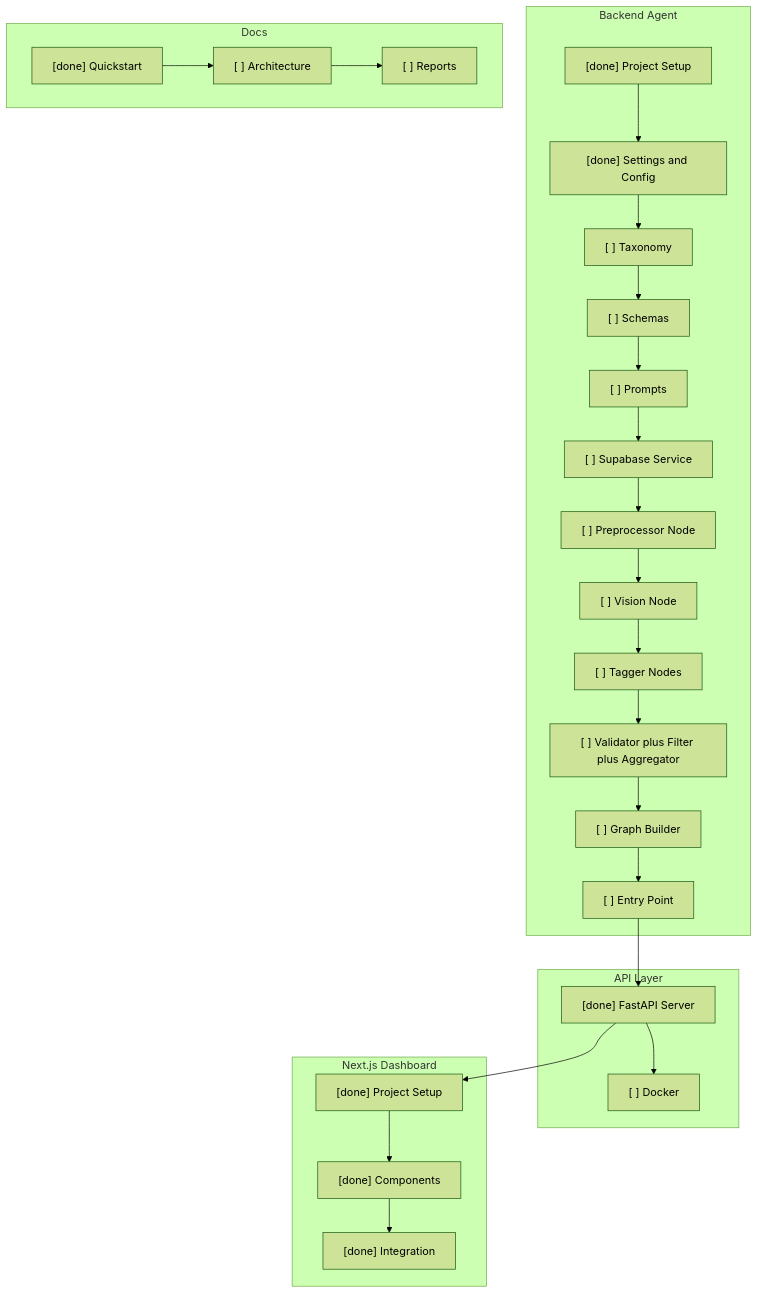
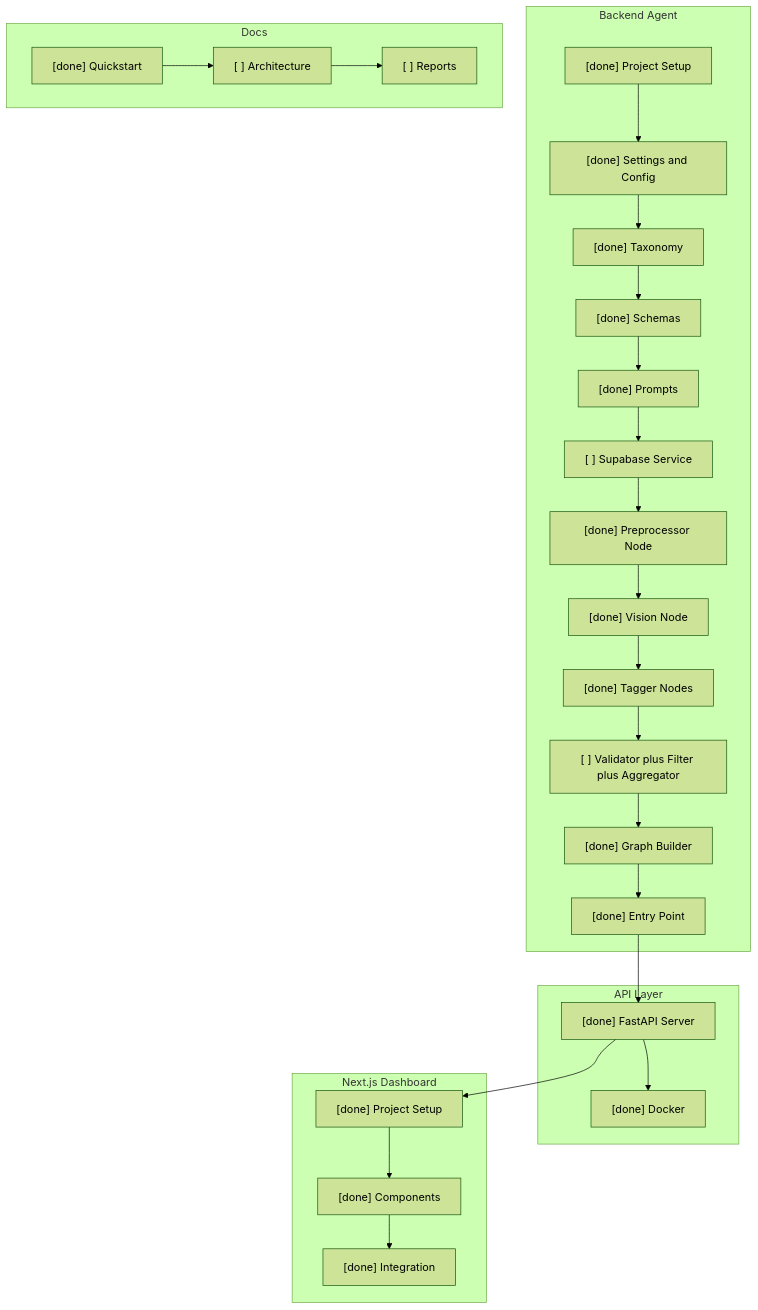
One commit to Nagdy8888/image-analysis-agent changed the diagram in docs/reports/PROGRESS.md. Above: the diagram before and after it, drawn with Mermaid (forest theme). The commit also changed other lines of this file and 19 other files, not shown here.

Commit message:
Implement Phase 2: Integrate LangGraph pipeline for image analysis, add GET /api/taxonomy endpoint, and enhance VisionResults component to display pipeline tags.

````diff
--- a/docs/reports/PROGRESS.md
+++ b/docs/reports/PROGRESS.md
@@ -3,38 +3,38 @@
 ```mermaid
 flowchart TD
     subgraph Backend ["Backend Agent"]
         A["[done] Project Setup"]
         B["[done] Settings and Config"]
-        C["[ ] Taxonomy"]
-        D["[ ] Schemas"]
-        E["[ ] Prompts"]
+        C["[done] Taxonomy"]
+        D["[done] Schemas"]
+        E["[done] Prompts"]
         F["[ ] Supabase Service"]
-        G["[ ] Preprocessor Node"]
-        H["[ ] Vision Node"]
-        I["[ ] Tagger Nodes"]
+        G["[done] Preprocessor Node"]
+        H["[done] Vision Node"]
+        I["[done] Tagger Nodes"]
         J["[ ] Validator plus Filter plus Aggregator"]
-        K["[ ] Graph Builder"]
-        L["[ ] Entry Point"]
+        K["[done] Graph Builder"]
+        L["[done] Entry Point"]
         A --> B --> C --> D --> E --> F --> G --> H --> I --> J --> K --> L
     end
 
     subgraph API ["API Layer"]
         M["[done] FastAPI Server"]
-        N["[ ] Docker"]
+        N["[done] Docker"]
         L --> M --> N
     end
 
     subgraph Frontend ["Next.js Dashboard"]
         O["[done] Project Setup"]
         P["[done] Components"]
         Q["[done] Integration"]
         M --> O --> P --> Q
     end
 
     subgraph Documentation ["Docs"]
         R["[done] Quickstart"]
         S["[ ] Architecture"]
         T["[ ] Reports"]
         R --> S --> T
     end
 ```
````
